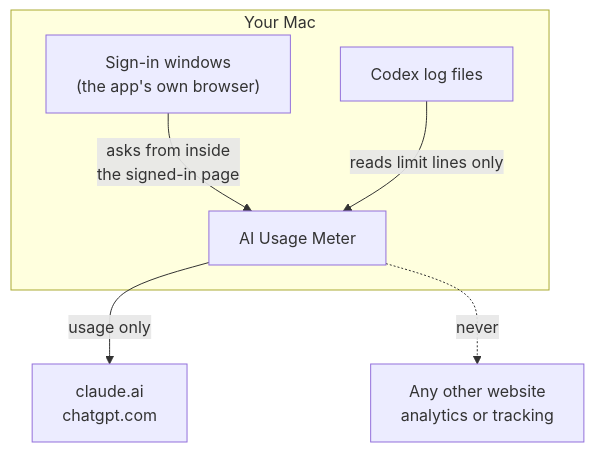
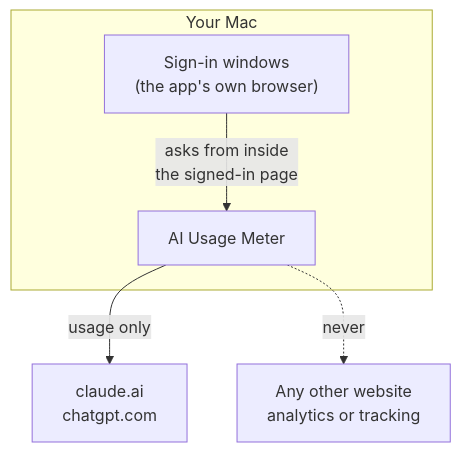
One commit to PrajwalSR/ai_usage_meter changed the second of 2 diagrams in README.md. Above: the diagram before and after it, drawn with Mermaid. The commit also changed other lines of this file and 24 other files, not shown here.

First line of the commit message:
Read ChatGPT usage only from chatgpt.com; stop reading Codex logs

````diff
--- a/README.md
+++ b/README.md
@@ -217,9 +216,8 @@
 ```mermaid
 flowchart TB
     subgraph Mac["Your Mac"]
         W["Sign-in windows<br/>(the app's own browser)"] -->|"asks from inside<br/>the signed-in page"| APP["AI Usage Meter"]
-        L["Codex log files"] -->|"reads limit lines only"| APP
     end
     APP -->|"usage only"| AN["claude.ai<br/>chatgpt.com"]
     APP -.->|"never"| X["Any other website<br/>analytics or tracking"]
 ```
````
